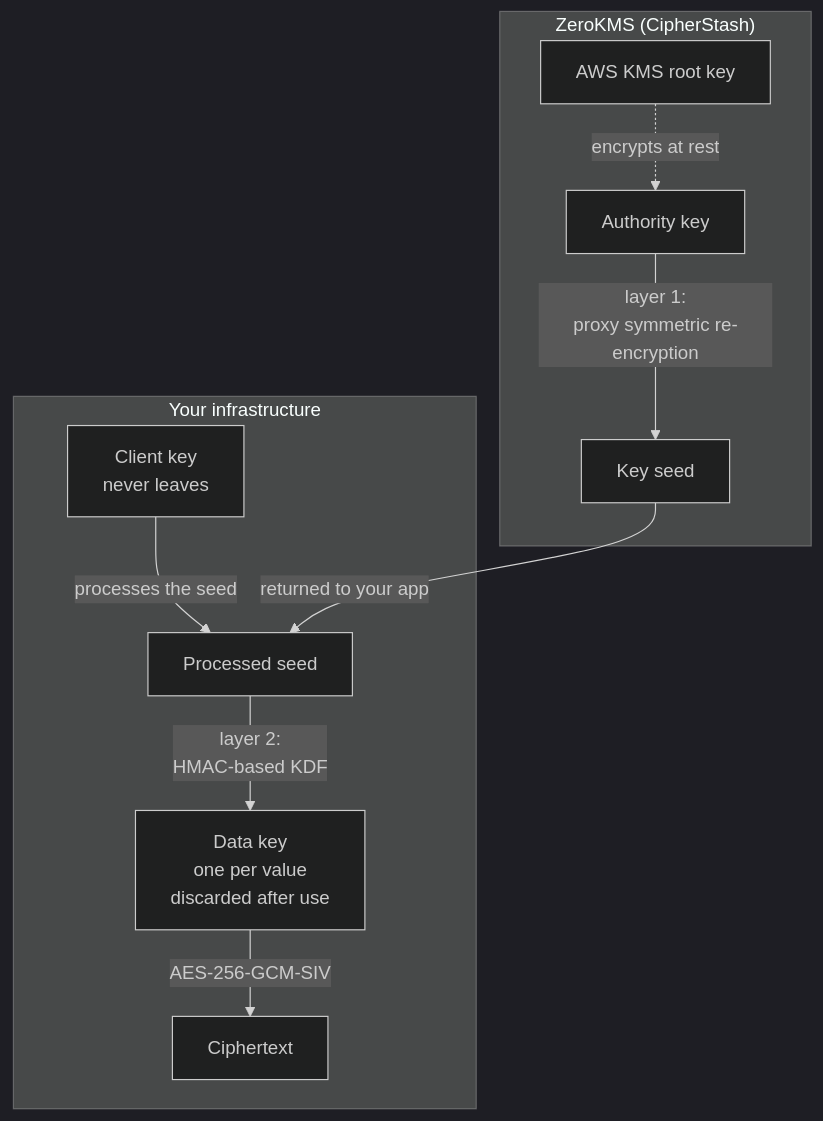
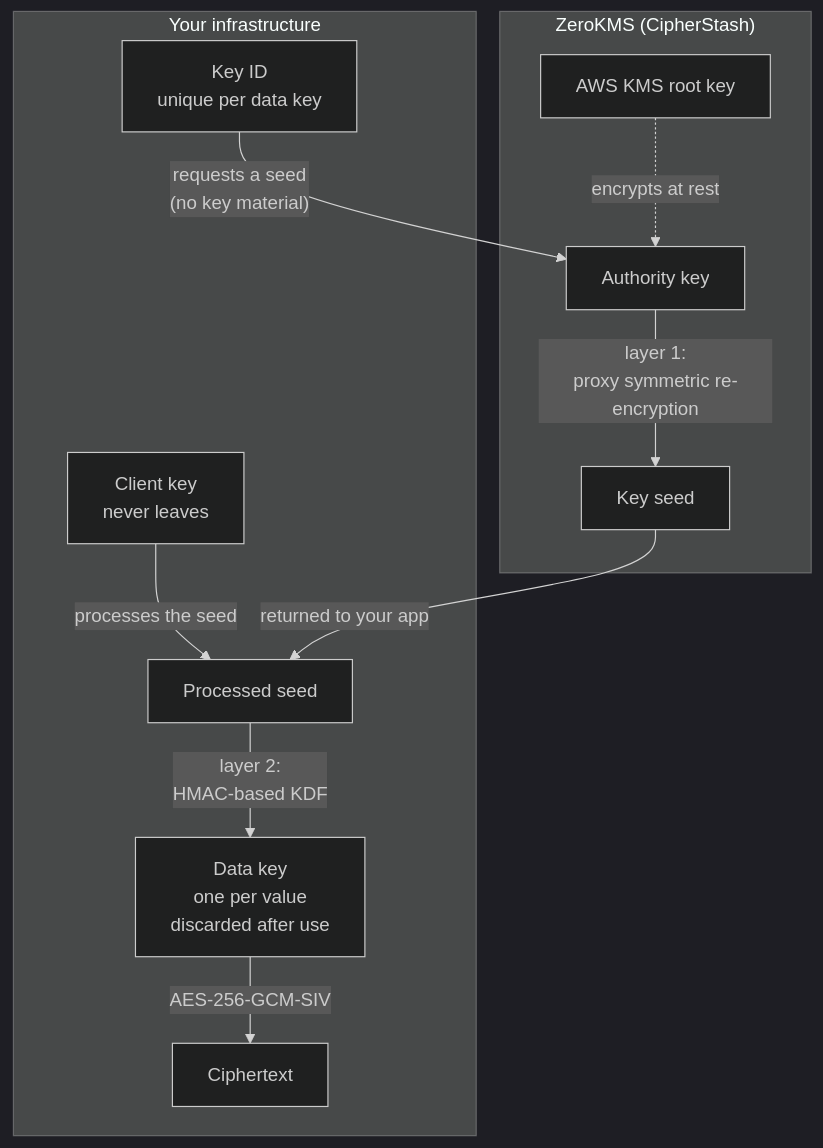
The diagram in content/docs/security/cryptography.mdx (cipherstash/docs), drawn with Mermaid (dark theme) before and after one commit. The commit also changed other lines of this file, not shown here.

First line of the commit message:
docs(security): show the key-ID request in the ZeroKMS diagram

````diff
--- a/content/docs/security/cryptography.mdx
+++ b/content/docs/security/cryptography.mdx
@@ -53,22 +55,24 @@
 ```mermaid
 flowchart TD
     subgraph zerokms["ZeroKMS (CipherStash)"]
         root["AWS KMS root key"]
         auth["Authority key"]
         seed["Key seed"]
         root -. encrypts at rest .-> auth
         auth -- "layer 1:<br/>proxy symmetric re-encryption" --> seed
     end
 
     subgraph you["Your infrastructure"]
+        keyid["Key ID<br/>unique per data key"]
         client["Client key<br/>never leaves"]
         processed["Processed seed"]
         datakey["Data key<br/>one per value<br/>discarded after use"]
         ciphertext["Ciphertext"]
         client -- processes the seed --> processed
         processed -- "layer 2:<br/>HMAC-based KDF" --> datakey
         datakey -- AES-256-GCM-SIV --> ciphertext
     end
 
+    keyid -- "requests a seed<br/>(no key material)" --> auth
     seed -- returned to your app --> processed
 ```
````
